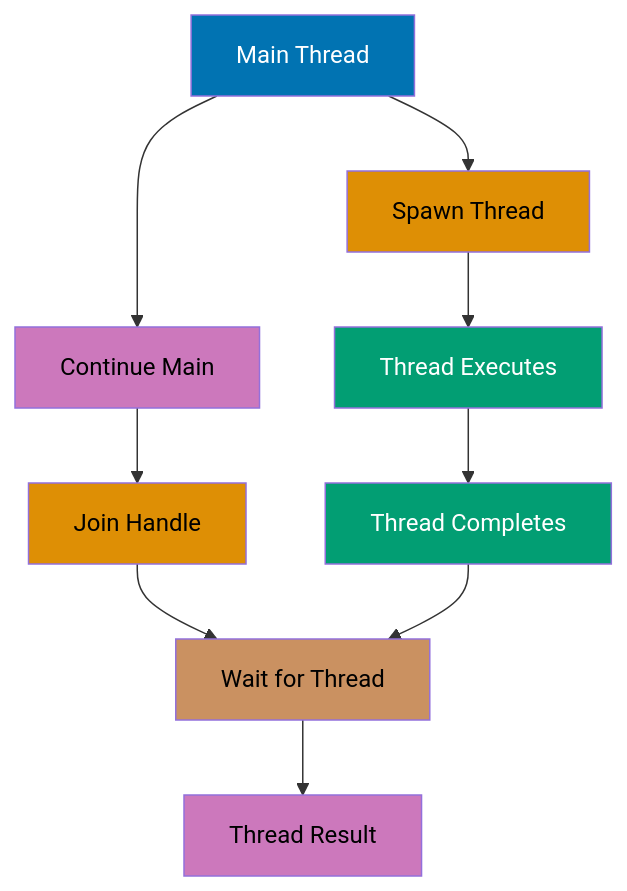
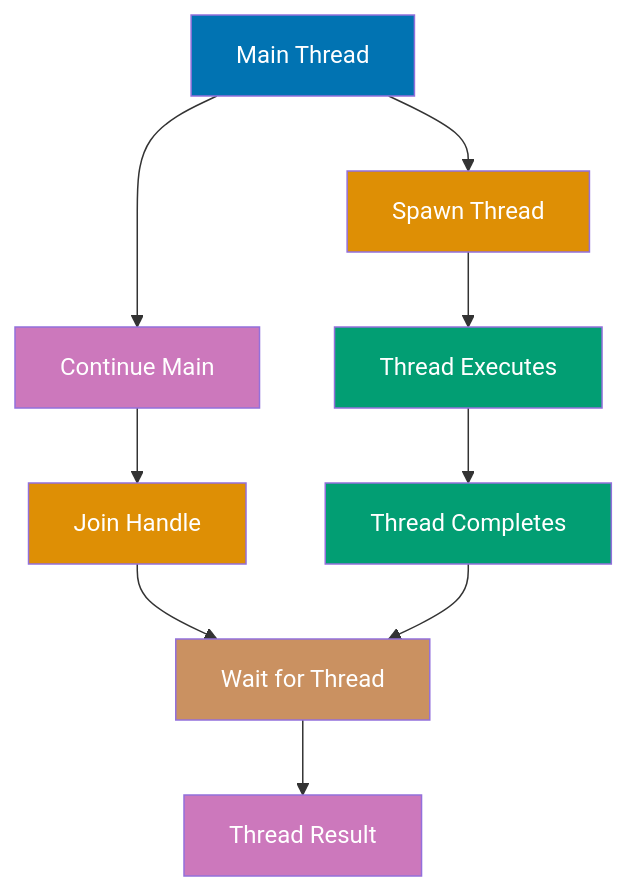
Before and after one commit to wahidyankf/open-sharia-enterprise: the tenth of 12 diagrams in apps/ayokoding-web/content/en/learn/software-engineering/programming-languages/rust/by-example/intermediate.md, drawn with Mermaid. The commit also changed other lines of this file and 61 other files, not shown here.

First line of the commit message:
fix(ayokoding-web): quote Mermaid node labels with special characters in Example 63

````diff
--- a/apps/ayokoding-web/content/en/learn/software-engineering/programming-languages/rust/by-example/intermediate.md
+++ b/apps/ayokoding-web/content/en/learn/software-engineering/programming-languages/rust/by-example/intermediate.md
@@ -1773,20 +1773,20 @@
 ```mermaid
 graph TD
     A[Main Thread] --> B[Spawn Thread]
     B --> C[Thread Executes]
     A --> D[Continue Main]
     C --> E[Thread Completes]
     D --> F[Join Handle]
     F --> G[Wait for Thread]
     E --> G
     G --> H[Thread Result]
 
     style A fill:#0173B2,color:#fff
-    style B fill:#DE8F05,color:#000
+    style B fill:#DE8F05,color:#fff
     style C fill:#029E73,color:#fff
-    style D fill:#CC78BC,color:#000
+    style D fill:#CC78BC,color:#fff
     style E fill:#029E73,color:#fff
-    style F fill:#DE8F05,color:#000
-    style G fill:#CA9161,color:#000
-    style H fill:#CC78BC,color:#000
+    style F fill:#DE8F05,color:#fff
+    style G fill:#CA9161,color:#fff
+    style H fill:#CC78BC,color:#fff
 ```
````
